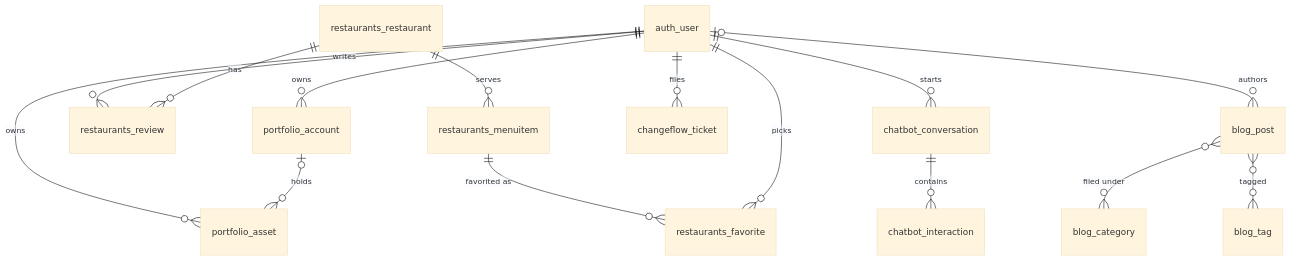
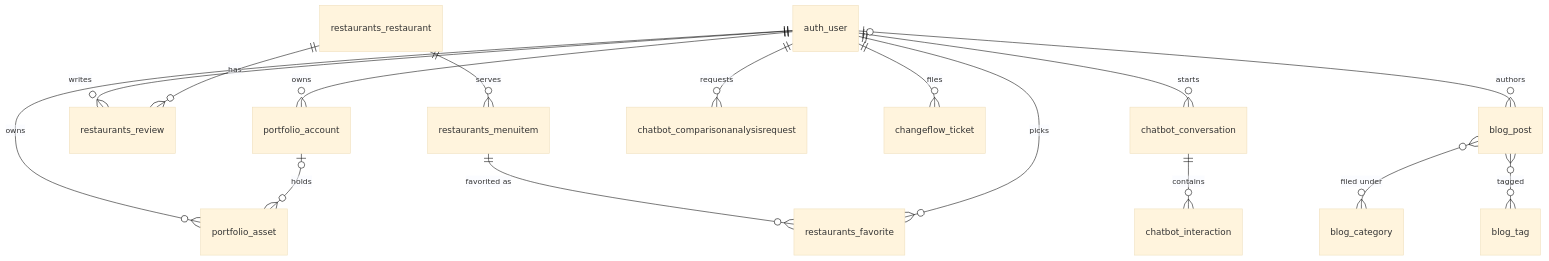
One commit to JohnFattore/FattoreStreet changed the first of 2 diagrams in docs/DATABASE_SCHEMA.md. Above: the diagram before and after it, drawn with Mermaid (base theme). The commit also changed other lines of this file and 8 other files, not shown here.

````diff
--- a/docs/DATABASE_SCHEMA.md
+++ b/docs/DATABASE_SCHEMA.md
@@ -24,17 +24,18 @@
 ```mermaid
 erDiagram
     auth_user ||--o{ portfolio_account : owns
     auth_user ||--o{ portfolio_asset : owns
     portfolio_account |o--o{ portfolio_asset : holds
     auth_user ||--o{ restaurants_review : writes
     restaurants_restaurant ||--o{ restaurants_review : has
     restaurants_restaurant ||--o{ restaurants_menuitem : serves
     restaurants_menuitem ||--o{ restaurants_favorite : "favorited as"
     auth_user ||--o{ restaurants_favorite : picks
     auth_user ||--o{ chatbot_conversation : starts
     chatbot_conversation ||--o{ chatbot_interaction : contains
+    auth_user ||--o{ chatbot_comparisonanalysisrequest : requests
     auth_user ||--o{ changeflow_ticket : files
     auth_user |o--o{ blog_post : authors
     blog_post }o--o{ blog_category : "filed under"
     blog_post }o--o{ blog_tag : tagged
 ```
````
